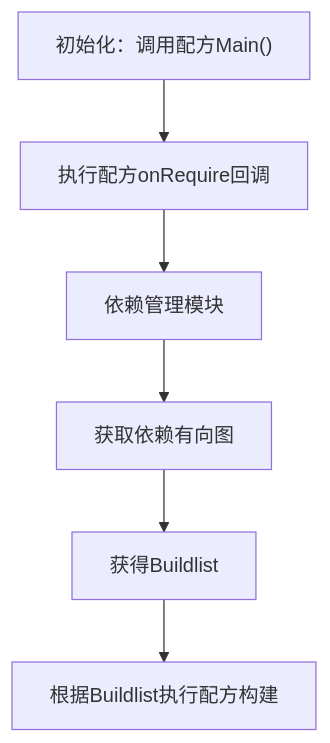
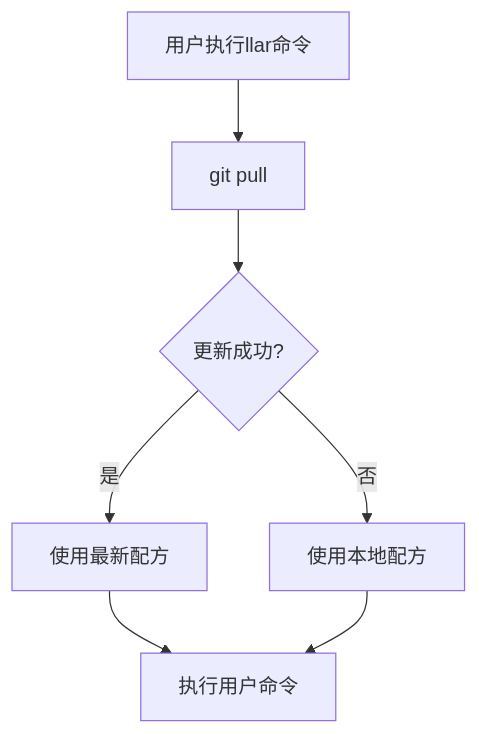
The tenth of 12 diagrams in docs/technical-design-complete.md (goplus/llar), drawn with Mermaid before and after one commit. The commit also changed other lines of this file and 2 other files, not shown here.

````diff
--- a/docs/technical-design-complete.md
+++ b/docs/technical-design-complete.md
@@ -733,8 +1058,9 @@
 ```mermaid
 graph TD
-A["初始化：调用配方Main()"] --> B[执行配方onRequire回调]
-B --> C[依赖管理模块]
-C --> D[获取依赖有向图]
-D --> E[获得Buildlist]
-E --> F[根据Buildlist执行配方构建]
+A[用户执行llar命令] --> B[git pull]
+B --> C{更新成功?}
+C -- 是 --> D[使用最新配方]
+C -- 否 --> E[使用本地配方]
+D --> F[执行用户命令]
+E --> F
 ```
````
